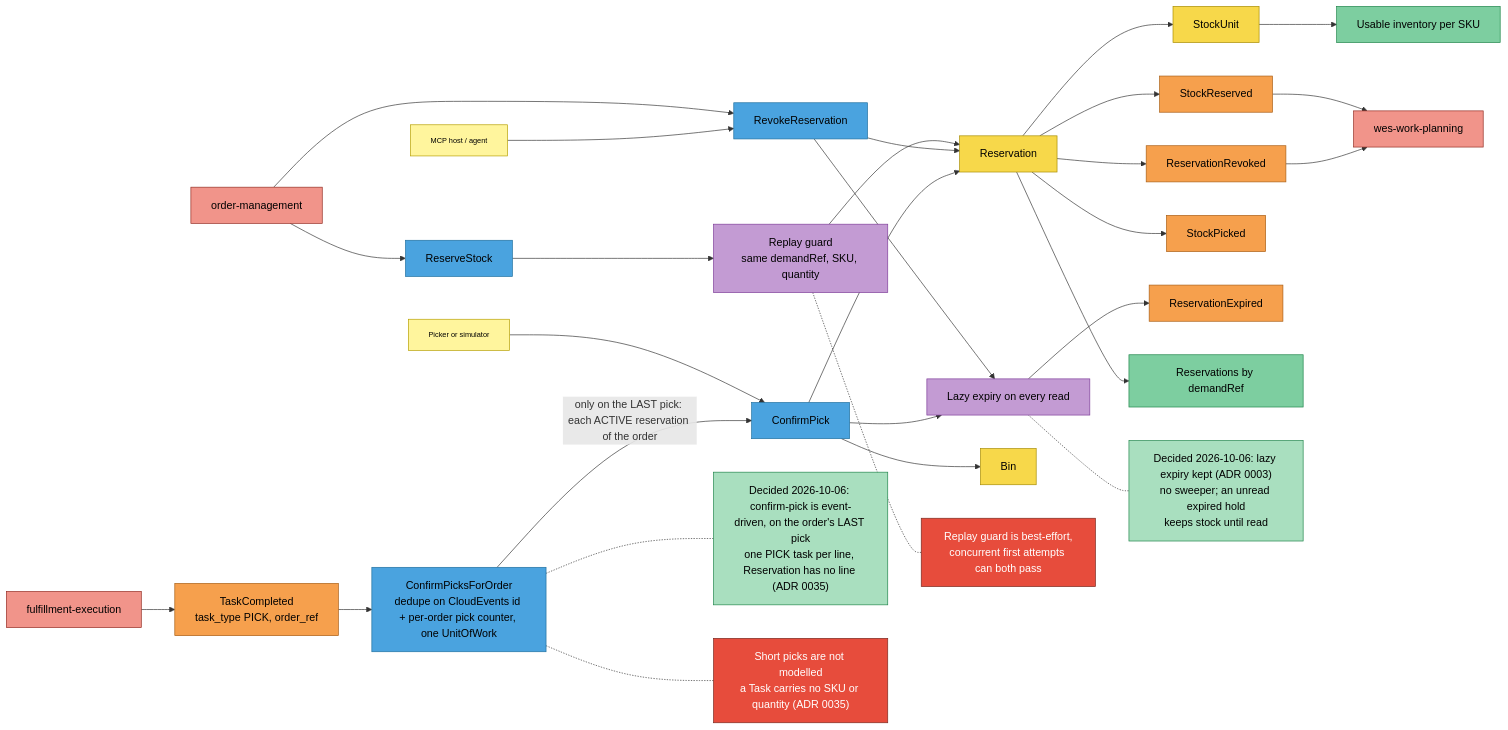
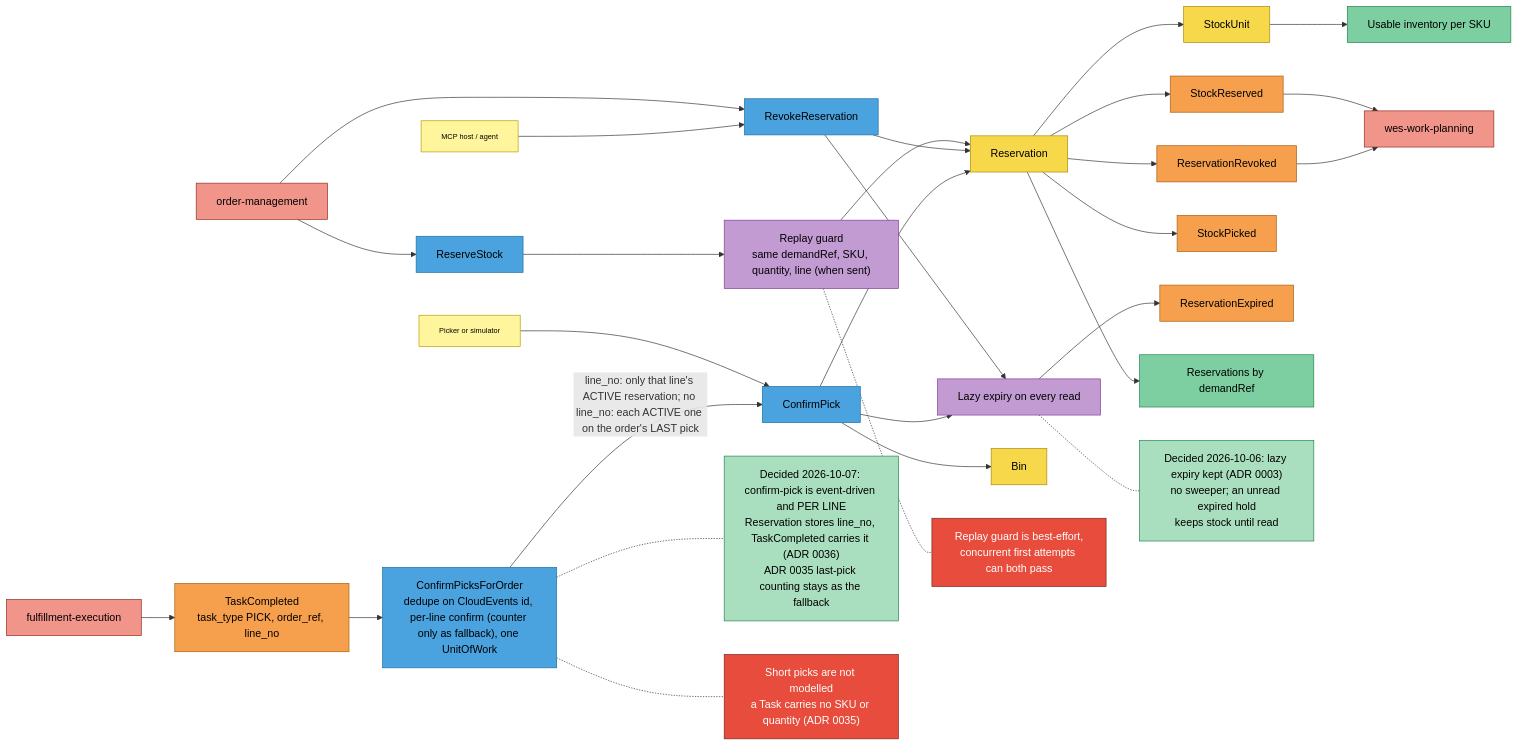
Before and after one commit to IQVO/inventory-storage: the third of 4 diagrams in docs/docs/ddd/eventstorming.md, drawn with Mermaid. The commit also changed other lines of this file and 44 other files, not shown here.

First line of the commit message:
feat: reservations store line_no; confirm picks per line (decision 18) (#158)

````diff
--- a/docs/docs/ddd/eventstorming.md
+++ b/docs/docs/ddd/eventstorming.md
@@ -100,60 +100,60 @@
 ```mermaid
 flowchart LR
     OM["order-management"]:::external
     PK["Picker or simulator"]:::actor
     AG["MCP host / agent"]:::actor
     RSV["ReserveStock"]:::command
-    RG["Replay guard<br/>same demandRef, SKU, quantity"]:::policy
+    RG["Replay guard<br/>same demandRef, SKU, quantity, line (when sent)"]:::policy
     LE["Lazy expiry on every read"]:::policy
     RES["Reservation"]:::aggregate
     SU["StockUnit"]:::aggregate
     BIN["Bin"]:::aggregate
     SR["StockReserved"]:::event
     REV["RevokeReservation"]:::command
     RR["ReservationRevoked"]:::event
     CPK["ConfirmPick"]:::command
     SP["StockPicked"]:::event
     RE["ReservationExpired"]:::event
     WP["wes-work-planning"]:::external
     UI["Usable inventory per SKU"]:::readmodel
     RBD["Reservations by demandRef"]:::readmodel
     FE["fulfillment-execution"]:::external
-    TCE["TaskCompleted<br/>task_type PICK, order_ref"]:::event
-    CPO["ConfirmPicksForOrder<br/>dedupe on CloudEvents id + per-order pick counter, one UnitOfWork"]:::command
+    TCE["TaskCompleted<br/>task_type PICK, order_ref, line_no"]:::event
+    CPO["ConfirmPicksForOrder<br/>dedupe on CloudEvents id, per-line confirm (counter only as fallback), one UnitOfWork"]:::command
     H5["Decided 2026-10-06: lazy expiry kept (ADR 0003)<br/>no sweeper; an unread expired hold<br/>keeps stock until read"]:::decided
     H6["Replay guard is best-effort,<br/>concurrent first attempts can both pass"]:::hotspot
-    H7["Decided 2026-10-06: confirm-pick is event-driven, on the order's LAST pick<br/>one PICK task per line, Reservation has no line (ADR 0035)"]:::decided
+    H7["Decided 2026-10-07: confirm-pick is event-driven and PER LINE<br/>Reservation stores line_no, TaskCompleted carries it (ADR 0036)<br/>ADR 0035 last-pick counting stays as the fallback"]:::decided
     H9["Short picks are not modelled<br/>a Task carries no SKU or quantity (ADR 0035)"]:::hotspot
 
     OM --> RSV --> RG --> RES
     RES --> SU
     RES --> SR --> WP
     OM --> REV
     AG --> REV
     REV --> LE
     REV --> RES
     RES --> RR --> WP
     PK --> CPK --> LE
     FE --> TCE --> CPO
-    CPO -->|"only on the LAST pick: each ACTIVE reservation of the order"| CPK
+    CPO -->|"line_no: only that line's ACTIVE reservation; no line_no: each ACTIVE one on the order's LAST pick"| CPK
     CPK --> RES
     CPK --> BIN
     RES --> SP
     LE --> RE
     SU --> UI
     RES --> RBD
     LE -.- H5
     RG -.- H6
     CPO -.- H7
     CPO -.- H9
 
     classDef actor fill:#fff59d,stroke:#b59f00,color:#000,font-size:11px
     classDef command fill:#4aa3df,stroke:#1f6f9f,color:#000
     classDef aggregate fill:#f7d84a,stroke:#a68b00,color:#000
     classDef event fill:#f6a04d,stroke:#a85d14,color:#000
     classDef policy fill:#c39bd3,stroke:#7d3c98,color:#000
     classDef readmodel fill:#7dcea0,stroke:#1e8449,color:#000
     classDef external fill:#f1948a,stroke:#922b21,color:#000
     classDef hotspot fill:#e74c3c,stroke:#78281f,color:#fff
     classDef decided fill:#a9dfbf,stroke:#1e8449,color:#000
 ```
````
